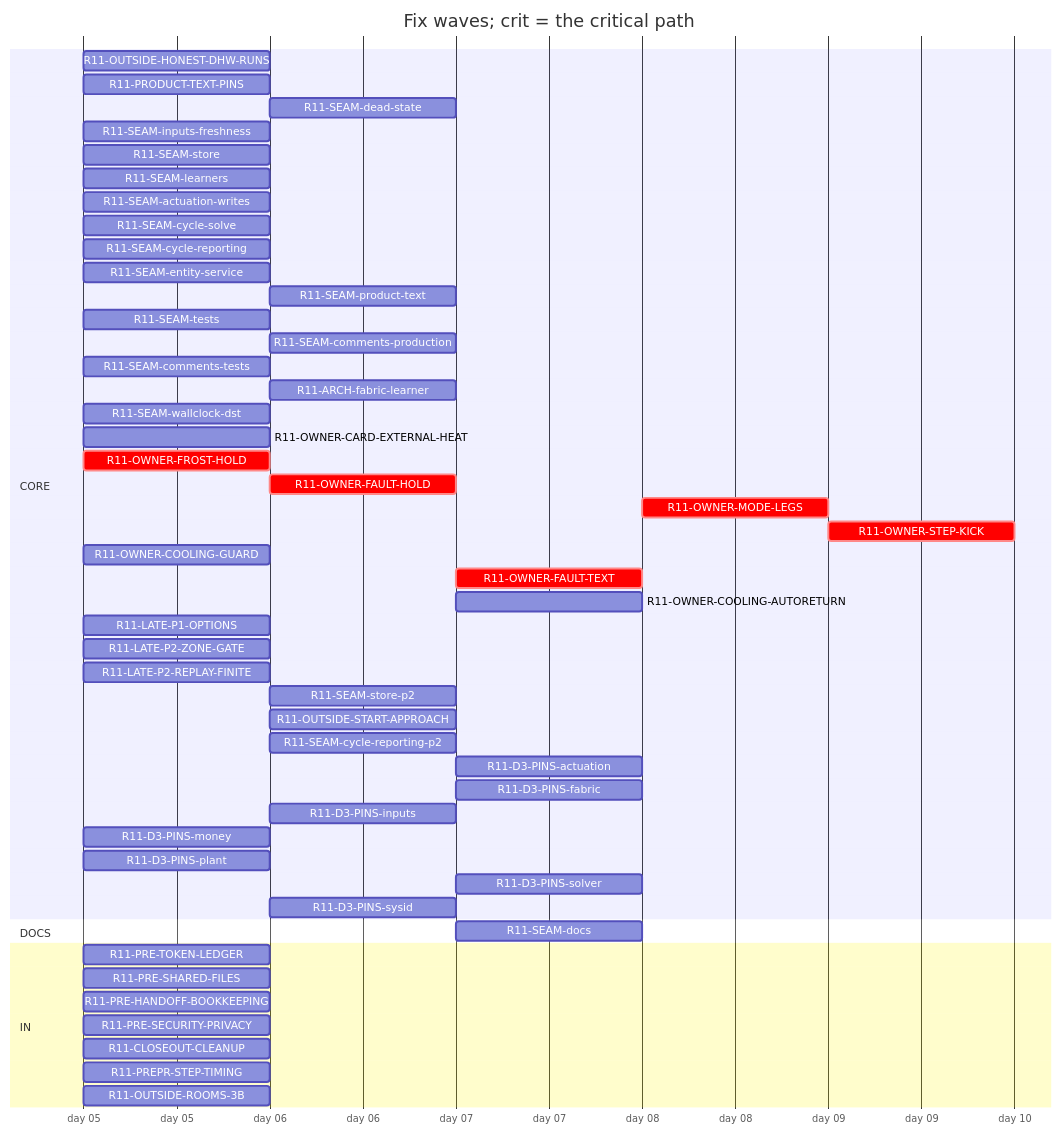
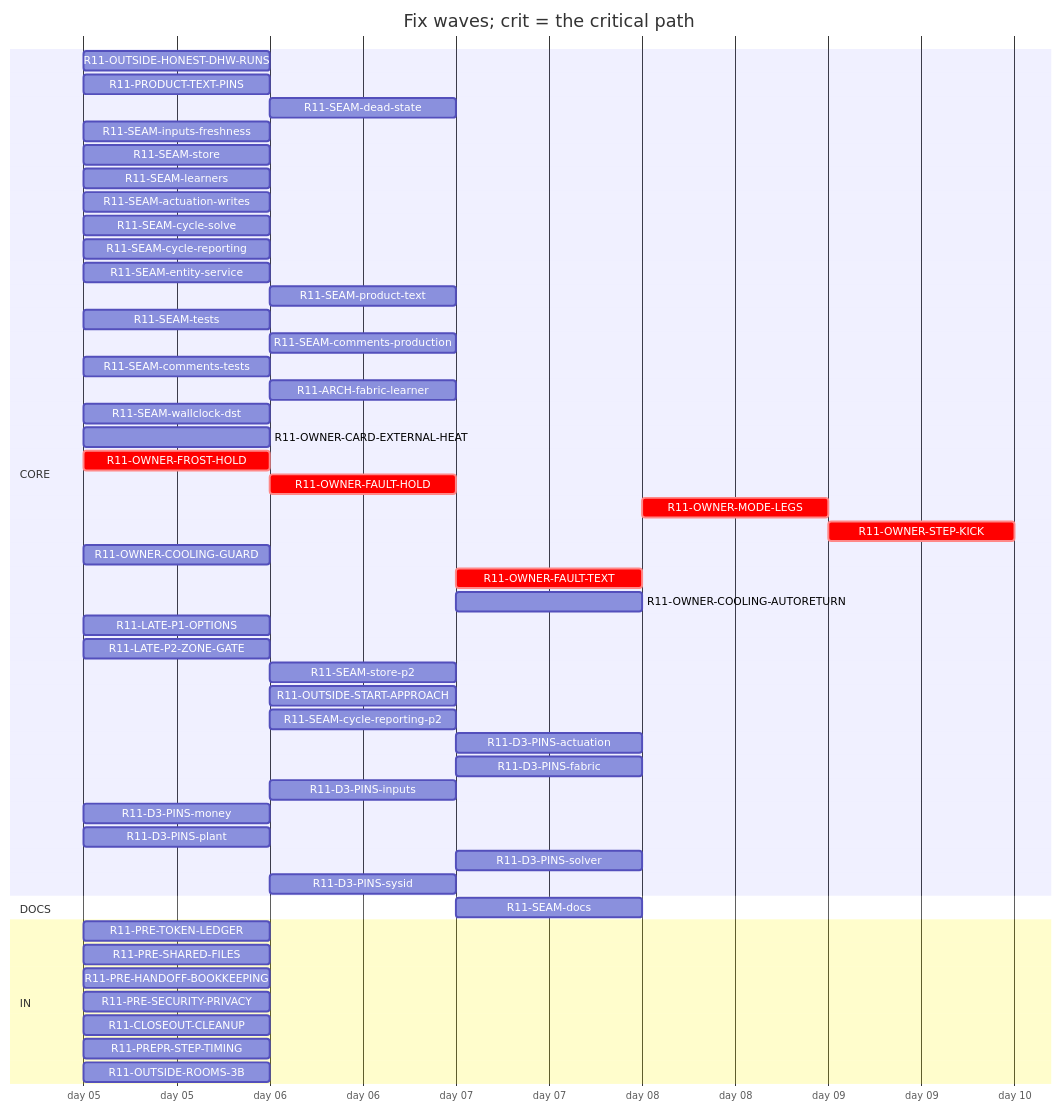
Before and after one commit to tvofi/heatpump_optimizer: the diagram in handoff/round11/state/PLAN-TABLE.md, drawn with Mermaid. The commit also changed other lines of this file and 4 other files, not shown here.

Commit message:
state: FLOW-BOARD.md, NEXT-SESSION-PROMPT.md, PLAN-TABLE.md, PLAN.html, RESUME-CURRENT.md regenerated (state_docs.py)

````diff
--- a/handoff/round11/state/PLAN-TABLE.md
+++ b/handoff/round11/state/PLAN-TABLE.md
@@ -16,54 +16,53 @@
 ```mermaid
 gantt
   title Fix waves; crit = the critical path
   dateFormat YYYY-MM-DD
   axisFormat day %d
   section CORE
     R11-OUTSIDE-HONEST-DHW-RUNS :r11OUTSIDEHONESTDHWRUNS, 2026-01-05, 1d
     R11-PRODUCT-TEXT-PINS :r11PRODUCTTEXTPINS, 2026-01-05, 1d
     R11-SEAM-dead-state :r11SEAMdeadstate, after r11SEAMstore, 1d
     R11-SEAM-inputs-freshness :r11SEAMinputsfreshness, 2026-01-05, 1d
     R11-SEAM-store :r11SEAMstore, 2026-01-05, 1d
     R11-SEAM-learners :r11SEAMlearners, 2026-01-05, 1d
     R11-SEAM-actuation-writes :r11SEAMactuationwrites, 2026-01-05, 1d
     R11-SEAM-cycle-solve :r11SEAMcyclesolve, 2026-01-05, 1d
     R11-SEAM-cycle-reporting :r11SEAMcyclereporting, 2026-01-05, 1d
     R11-SEAM-entity-service :r11SEAMentityservice, 2026-01-05, 1d
     R11-SEAM-product-text :r11SEAMproducttext, after r11SEAMactuationwrites r11SEAMentityservice r11SEAMinputsfreshness r11SEAMcyclesolve r11SEAMcyclereporting, 1d
     R11-SEAM-tests :r11SEAMtests, 2026-01-05, 1d
     R11-SEAM-comments-production :r11SEAMcommentsproduction, after r11SEAMactuationwrites r11SEAMentityservice r11SEAMinputsfreshness r11SEAMcyclesolve r11SEAMcyclereporting, 1d
     R11-SEAM-comments-tests :r11SEAMcommentstests, 2026-01-05, 1d
     R11-ARCH-fabric-learner :r11ARCHfabriclearner, after r11SEAMlearners, 1d
     R11-SEAM-wallclock-dst :r11SEAMwallclockdst, 2026-01-05, 1d
     R11-OWNER-CARD-EXTERNAL-HEAT :r11OWNERCARDEXTERNALHEAT, 2026-01-05, 1d
     R11-OWNER-FROST-HOLD :crit, r11OWNERFROSTHOLD, 2026-01-05, 1d
     R11-OWNER-FAULT-HOLD :crit, r11OWNERFAULTHOLD, after r11OWNERFROSTHOLD, 1d
     R11-OWNER-MODE-LEGS :crit, r11OWNERMODELEGS, after r11OWNERFAULTTEXT, 1d
     R11-OWNER-STEP-KICK :crit, r11OWNERSTEPKICK, after r11OWNERMODELEGS, 1d
     R11-OWNER-COOLING-GUARD :r11OWNERCOOLINGGUARD, 2026-01-05, 1d
     R11-OWNER-FAULT-TEXT :crit, r11OWNERFAULTTEXT, after r11OWNERFAULTHOLD, 1d
     R11-OWNER-COOLING-AUTORETURN :r11OWNERCOOLINGAUTORETURN, after r11OWNERCOOLINGGUARD r11OWNERFAULTHOLD, 1d
     R11-LATE-P1-OPTIONS :r11LATEP1OPTIONS, 2026-01-05, 1d
     R11-LATE-P2-ZONE-GATE :r11LATEP2ZONEGATE, 2026-01-05, 1d
-    R11-LATE-P2-REPLAY-FINITE :r11LATEP2REPLAYFINITE, 2026-01-05, 1d
     R11-SEAM-store-p2 :r11SEAMstorep2, after r11SEAMstore, 1d
     R11-OUTSIDE-START-APPROACH :r11OUTSIDESTARTAPPROACH, after r11OUTSIDEHONESTDHWRUNS r11SEAMlearners, 1d
     R11-SEAM-cycle-reporting-p2 :r11SEAMcyclereportingp2, after r11SEAMcyclereporting r11SEAMactuationwrites r11SEAMlearners, 1d
     R11-D3-PINS-actuation :r11D3PINSactuation, after r11SEAMactuationwrites r11OWNERFAULTHOLD, 1d
     R11-D3-PINS-fabric :r11D3PINSfabric, after r11ARCHfabriclearner r11SEAMcyclereporting r11OUTSIDESTARTAPPROACH, 1d
     R11-D3-PINS-inputs :r11D3PINSinputs, after r11SEAMinputsfreshness, 1d
     R11-D3-PINS-money :r11D3PINSmoney, 2026-01-05, 1d
     R11-D3-PINS-plant :r11D3PINSplant, 2026-01-05, 1d
     R11-D3-PINS-solver :r11D3PINSsolver, after r11OUTSIDESTARTAPPROACH r11SEAMcyclereporting, 1d
     R11-D3-PINS-sysid :r11D3PINSsysid, after r11SEAMlearners, 1d
   section DOCS
     R11-SEAM-docs :r11SEAMdocs, after r11SEAMlearners r11SEAMactuationwrites r11SEAMentityservice r11SEAMinputsfreshness r11SEAMcyclesolve r11SEAMcyclereporting r11SEAMproducttext, 1d
   section IN
     R11-PRE-TOKEN-LEDGER :r11PRETOKENLEDGER, 2026-01-05, 1d
     R11-PRE-SHARED-FILES :r11PRESHAREDFILES, 2026-01-05, 1d
     R11-PRE-HANDOFF-BOOKKEEPING :r11PREHANDOFFBOOKKEEPING, 2026-01-05, 1d
     R11-PRE-SECURITY-PRIVACY :r11PRESECURITYPRIVACY, 2026-01-05, 1d
     R11-CLOSEOUT-CLEANUP :r11CLOSEOUTCLEANUP, 2026-01-05, 1d
     R11-PREPR-STEP-TIMING :r11PREPRSTEPTIMING, 2026-01-05, 1d
     R11-OUTSIDE-ROOMS-3B :r11OUTSIDEROOMS3B, 2026-01-05, 1d
 ```
````
